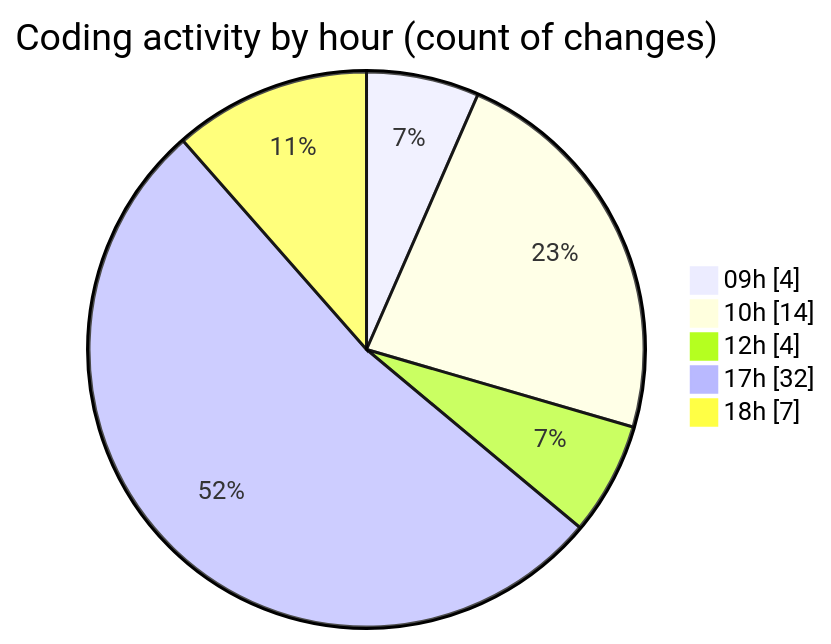
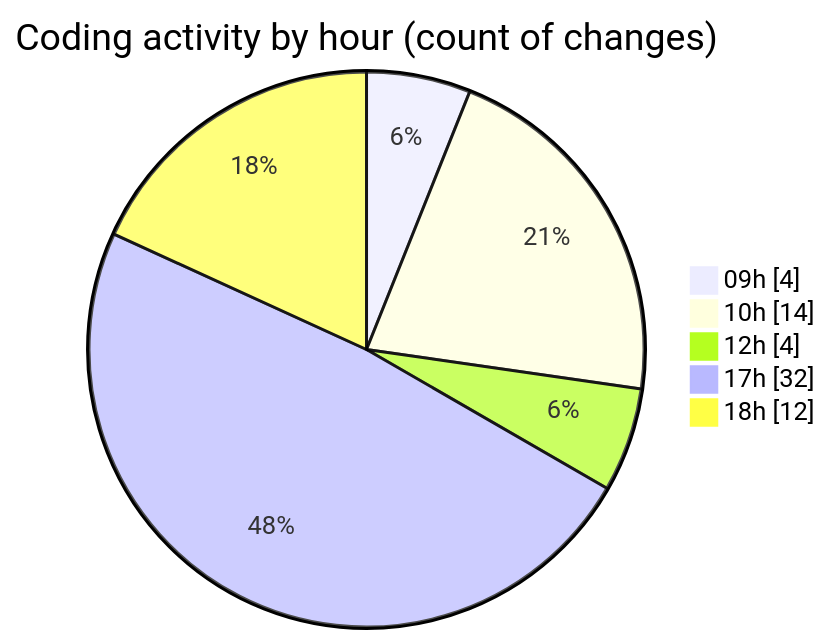
One commit to Elitesun/code-tracking changed the second of 2 diagrams in 2025-05-06/niten/README.md. Above: the diagram before and after it, drawn with Mermaid. The commit also changed other lines of this file and 1 other file, not shown here.

````diff
--- a/2025-05-06/niten/README.md
+++ b/2025-05-06/niten/README.md
@@ -53,9 +54,9 @@
 ```mermaid
 pie showData
 title Coding activity by hour (count of changes)
 "09h" : 4
 "10h" : 14
 "12h" : 4
 "17h" : 32
-"18h" : 7
+"18h" : 12
 ```
````
